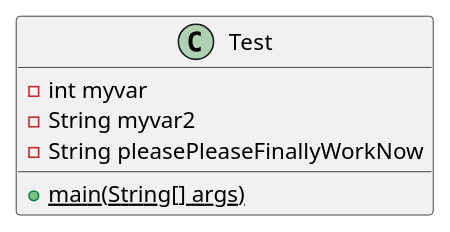
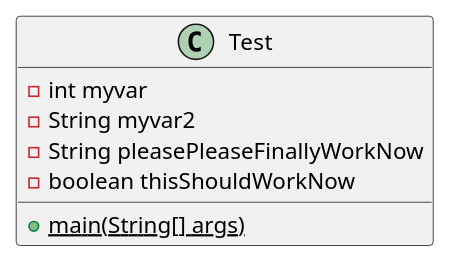
Before and after one commit to andrewdimmer/csi-3370-software-project-config-test: the diagram in docs/uml/test.puml, drawn with PlantUML.

```diff
--- a/docs/uml/test.puml
+++ b/docs/uml/test.puml
@@ -1,10 +1,11 @@
 @startuml test
 
 class Test {
     - int myvar
     - String myvar2
     - String pleasePleaseFinallyWorkNow
+    - boolean thisShouldWorkNow
     {static} + main(String[] args)
 }
 
 @enduml
```
